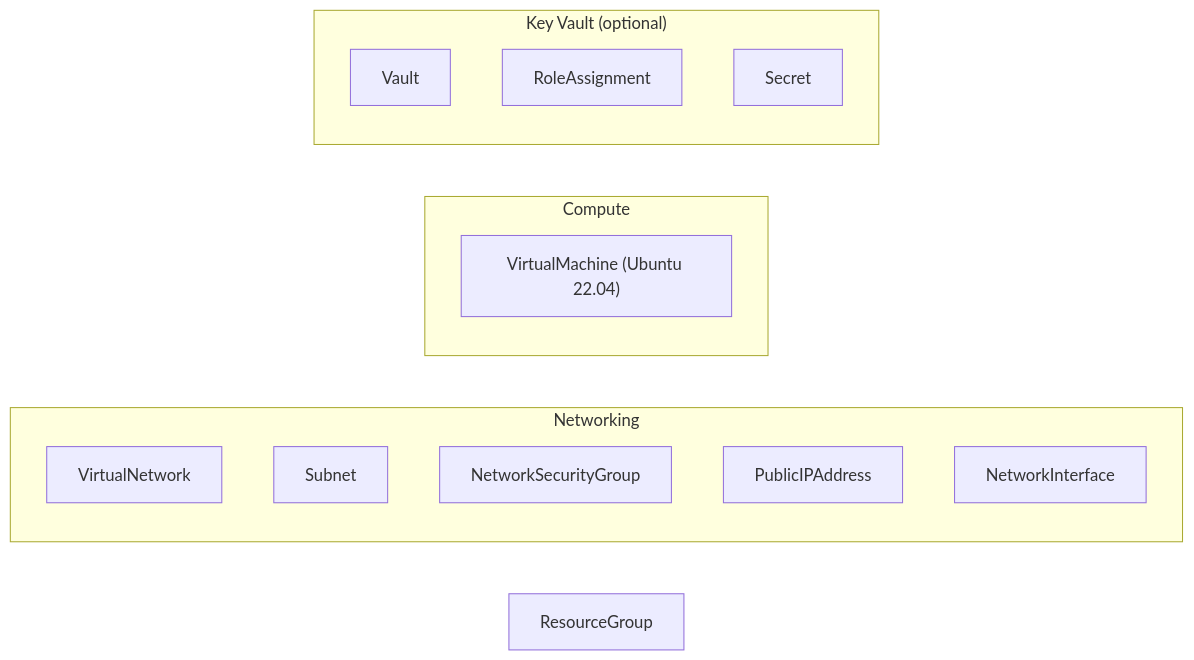
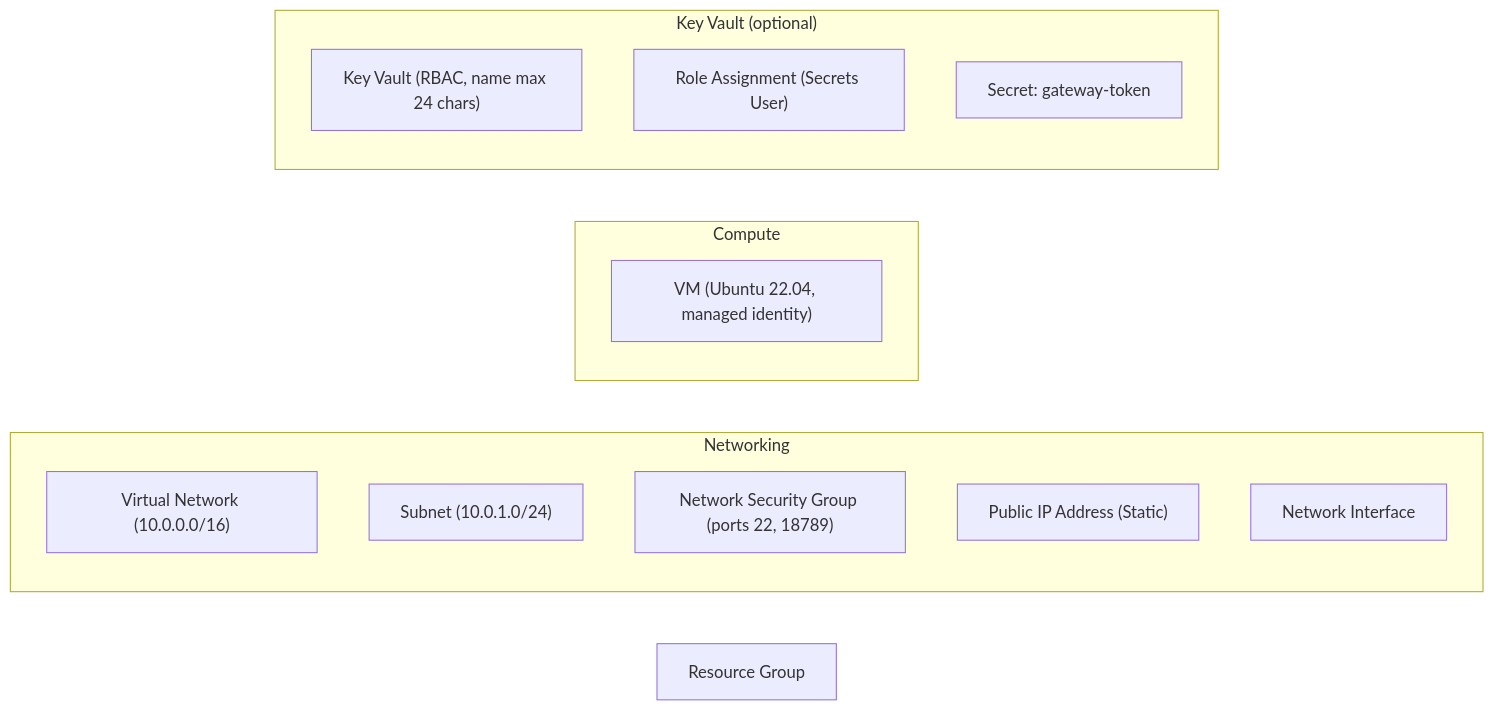
The third of 3 diagrams in README.md (dfridkin/clawops), drawn with Mermaid before and after one commit. The commit also changed other lines of this file, not shown here.

Commit message:
docs: add more detail to README stack diagrams (service names, CIDRs, SKUs)

````diff
--- a/README.md
+++ b/README.md
@@ -445,19 +446,19 @@
 ```mermaid
 flowchart LR
-    RG[ResourceGroup]
+    RG[Resource Group]
     subgraph NET["Networking"]
-        VNET[VirtualNetwork]
-        SUBNET[Subnet]
-        NSG[NetworkSecurityGroup]
-        PIP[PublicIPAddress]
-        NIC[NetworkInterface]
+        VNET["Virtual Network (10.0.0.0/16)"]
+        SUBNET["Subnet (10.0.1.0/24)"]
+        NSG["Network Security Group (ports 22, 18789)"]
+        PIP["Public IP Address (Static)"]
+        NIC[Network Interface]
     end
     subgraph COMPUTE["Compute"]
-        VM["VirtualMachine (Ubuntu 22.04)"]
+        VM["VM (Ubuntu 22.04, managed identity)"]
     end
     subgraph KV["Key Vault (optional)"]
-        VAULT[Vault]
-        RA[RoleAssignment]
-        SECRET[Secret]
+        VAULT["Key Vault (RBAC, name max 24 chars)"]
+        RA["Role Assignment (Secrets User)"]
+        SECRET["Secret: gateway-token"]
     end
 ```
````
